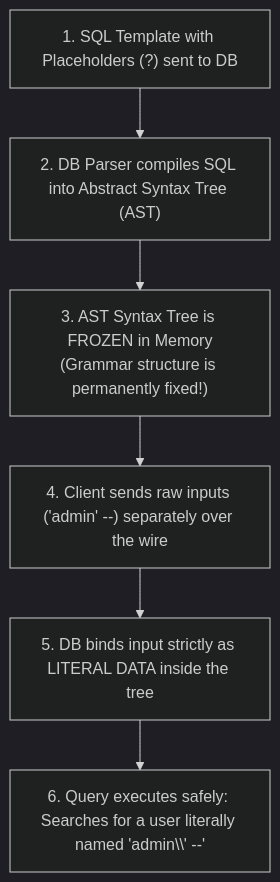
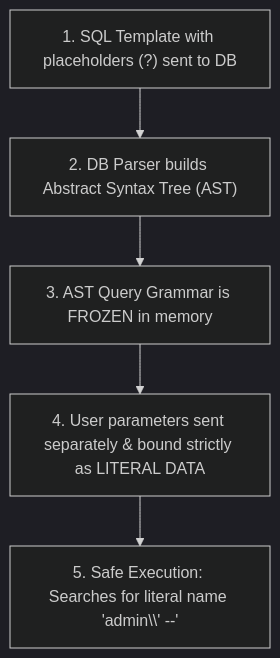
One commit to rohithgowda18/Notes changed the ninth of 9 diagrams in 02-DBMS/DBMS-Advanced-Concepts.md. Above: the diagram before and after it, drawn with Mermaid (dark theme). The commit also changed other lines of this file and 15 other files, not shown here.

Commit message:
docs: audit Mermaid diagrams, optimize side-by-side layouts, and deduplicate DBMS advanced notes

````diff
--- a/02-DBMS/DBMS-Advanced-Concepts.md
+++ b/02-DBMS/DBMS-Advanced-Concepts.md
@@ -992,8 +421,7 @@
 ```mermaid
 flowchart TD
-    SQL["1. SQL Template with Placeholders (?) sent to DB"] --> Parse["2. DB Parser compiles SQL into Abstract Syntax Tree (AST)"]
-    Parse --> Freeze["3. AST Syntax Tree is FROZEN in Memory<br/>(Grammar structure is permanently fixed!)"]
-    Freeze --> Param["4. Client sends raw inputs ('admin' --) separately over the wire"]
-    Param --> Bind["5. DB binds input strictly as LITERAL DATA inside the tree"]
-    Bind --> Exec["6. Query executes safely: Searches for a user literally named 'admin\\' --'"]
+    SQL["1. SQL Template with placeholders (?) sent to DB"] --> Parse["2. DB Parser builds Abstract Syntax Tree (AST)"]
+    Parse --> Freeze["3. AST Query Grammar is FROZEN in memory"]
+    Freeze --> Bind["4. User parameters sent separately & bound strictly as LITERAL DATA"]
+    Bind --> Exec["5. Safe Execution: Searches for literal name 'admin\\' --'"]
 ```
````
